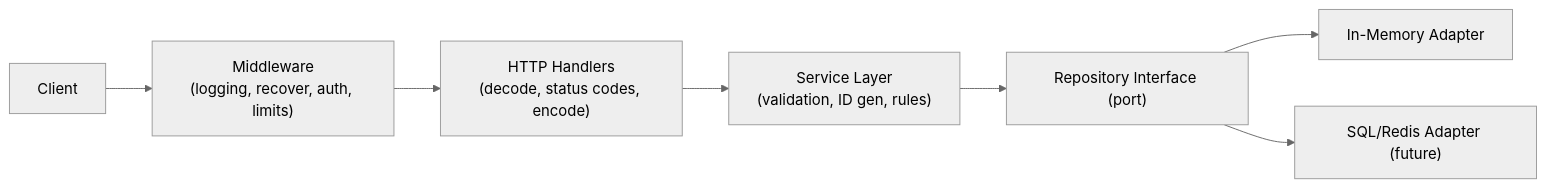
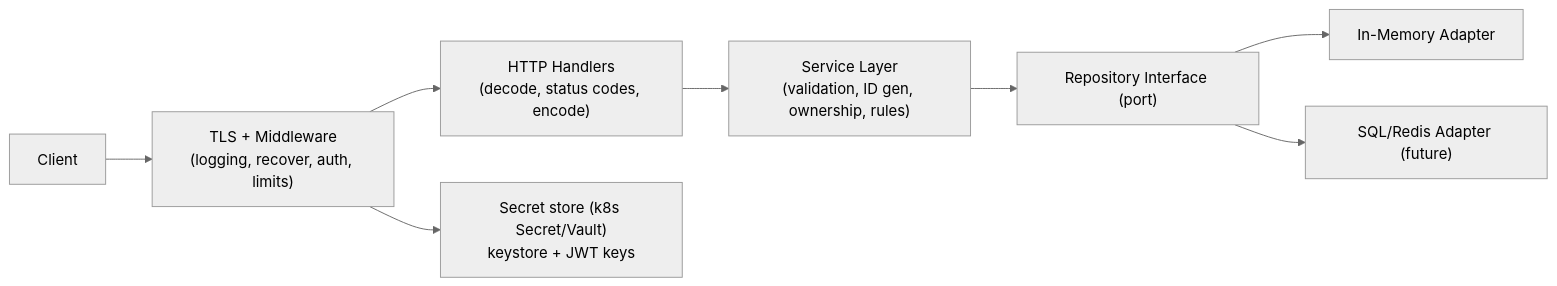
One commit to rahulkrishnanfs/todolist changed the diagram in docs/codereview.md. Above: the diagram before and after it, drawn with Mermaid (neutral theme). The commit also changed other lines of this file and 55 other files, not shown here.

First line of the commit message:
feat: add TLS, JWT auth, and Helm packaging on a pkg layout (#26)

````diff
--- a/docs/codereview.md
+++ b/docs/codereview.md
@@ -869,9 +1129,10 @@
 ```mermaid
 flowchart LR
-    client["Client"] --> mw["Middleware<br/>(logging, recover, auth, limits)"]
-    mw --> handler["HTTP Handlers<br/>(decode, status codes, encode)"]
-    handler --> svc["Service Layer<br/>(validation, ID gen, rules)"]
+    client["Client"] --> tls["TLS + Middleware<br/>(logging, recover, auth, limits)"]
+    tls --> handler["HTTP Handlers<br/>(decode, status codes, encode)"]
+    handler --> svc["Service Layer<br/>(validation, ID gen, ownership, rules)"]
     svc --> repo["Repository Interface (port)"]
     repo --> mem["In-Memory Adapter"]
     repo --> sql["SQL/Redis Adapter (future)"]
+    tls --> secrets["Secret store (k8s Secret/Vault)<br/>keystore + JWT keys"]
 ```
````
